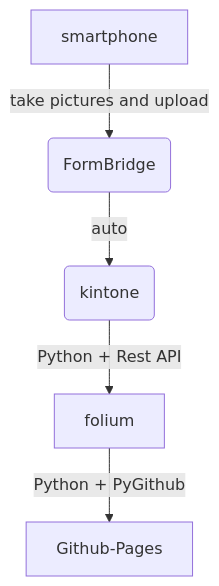
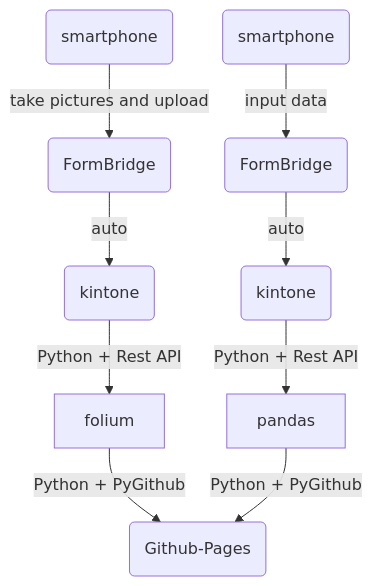
The diagram in README.md (yujiuchi/disaster-map), drawn with Mermaid before and after one commit. The commit also changed other lines of this file, not shown here.

````diff
--- a/README.md
+++ b/README.md
@@ -26,9 +32,13 @@
 ```mermaid
 
 flowchart TD
-smartphone-->|take pictures and upload|fv
-fv(FormBridge)-->|auto|kin(kintone)
-kin-->|Python + Rest API|folium
-folium-->|Python + PyGithub|Github-Pages
+sm1(smartphone)-->|take pictures and upload|fv1
+fv1(FormBridge)-->|auto|kin1(kintone)
+kin1-->|Python + Rest API|folium
+folium-->|Python + PyGithub|git(Github-Pages)
+sm2(smartphone)-->|input data|fv2
+fv2(FormBridge)-->|auto|kin2(kintone)
+kin2-->|Python + Rest API|pandas
+pandas-->|Python + PyGithub|git
 
 ```
````
